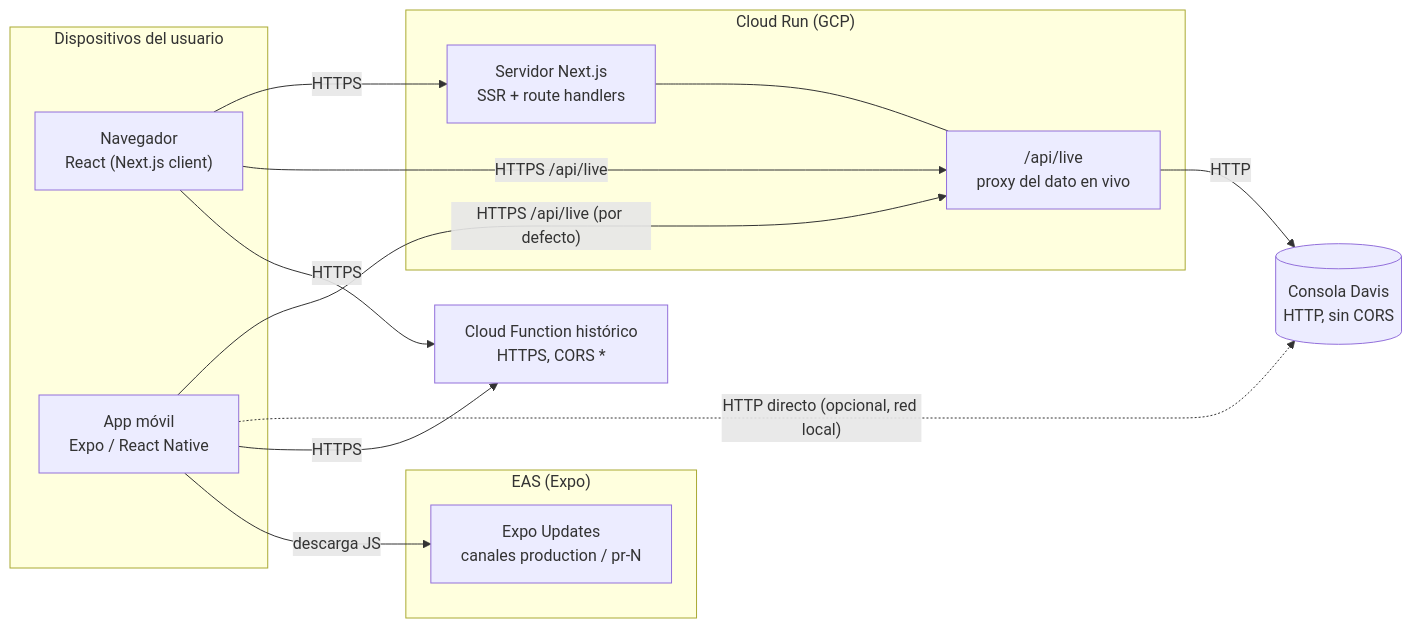
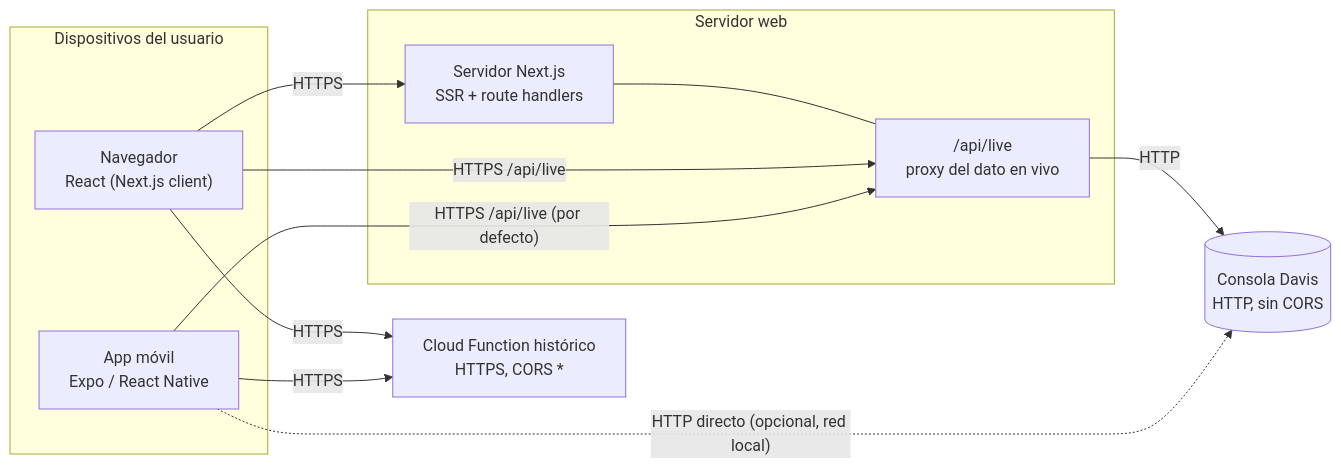
The second of 3 diagrams in docs/03-arquitectura.md (Samu31Nd/weather_app), drawn with Mermaid before and after one commit. The commit also changed other lines of this file and 9 other files, not shown here.

````diff
--- a/docs/03-arquitectura.md
+++ b/docs/03-arquitectura.md
@@ -35,29 +31,24 @@
 ```mermaid
 flowchart LR
   subgraph cliente["Dispositivos del usuario"]
     browser["Navegador<br/>React (Next.js client)"]
     phone["App móvil<br/>Expo / React Native"]
   end
 
-  subgraph cloudrun["Cloud Run (GCP)"]
+  subgraph servidor["Servidor web"]
     next["Servidor Next.js<br/>SSR + route handlers"]
     proxy["/api/live<br/>proxy del dato en vivo"]
     next --- proxy
-  end
-
-  subgraph expo["EAS (Expo)"]
-    ota["Expo Updates<br/>canales production / pr-N"]
   end
 
   consola[("Consola Davis<br/>HTTP, sin CORS")]
   fn["Cloud Function histórico<br/>HTTPS, CORS *"]
 
   browser -->|HTTPS| next
   browser -->|HTTPS /api/live| proxy
   browser -->|HTTPS| fn
   proxy -->|HTTP| consola
   phone -->|"HTTPS /api/live (por defecto)"| proxy
   phone -.->|"HTTP directo (opcional, red local)"| consola
   phone -->|HTTPS| fn
-  phone -->|descarga JS| ota
 ```
````
